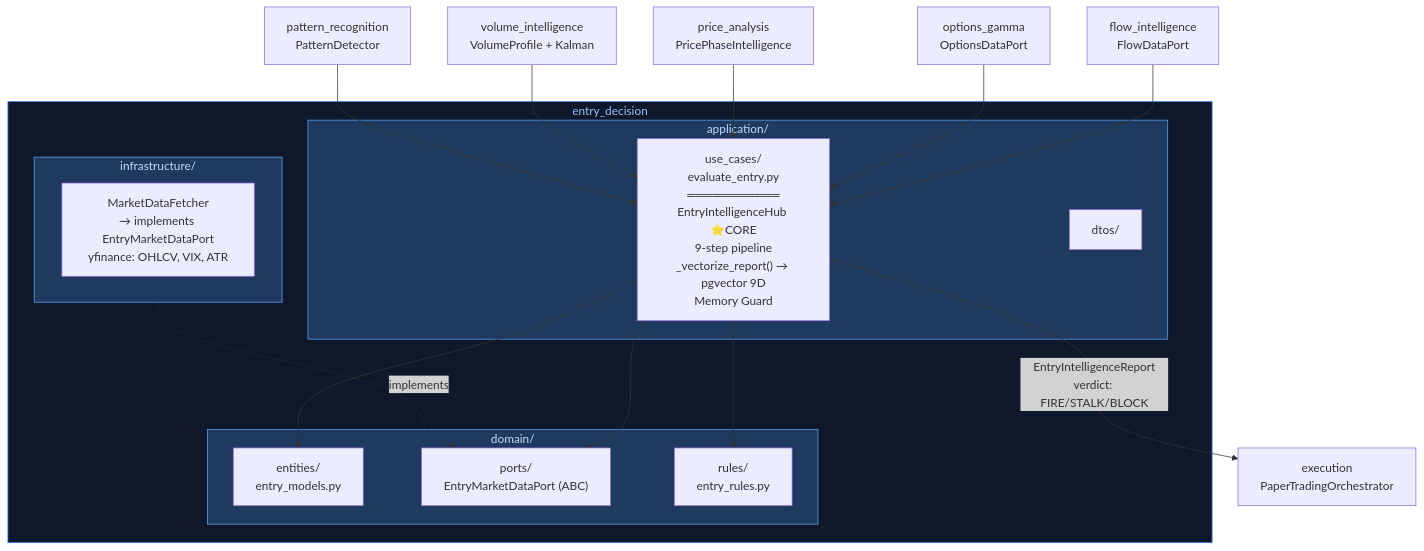
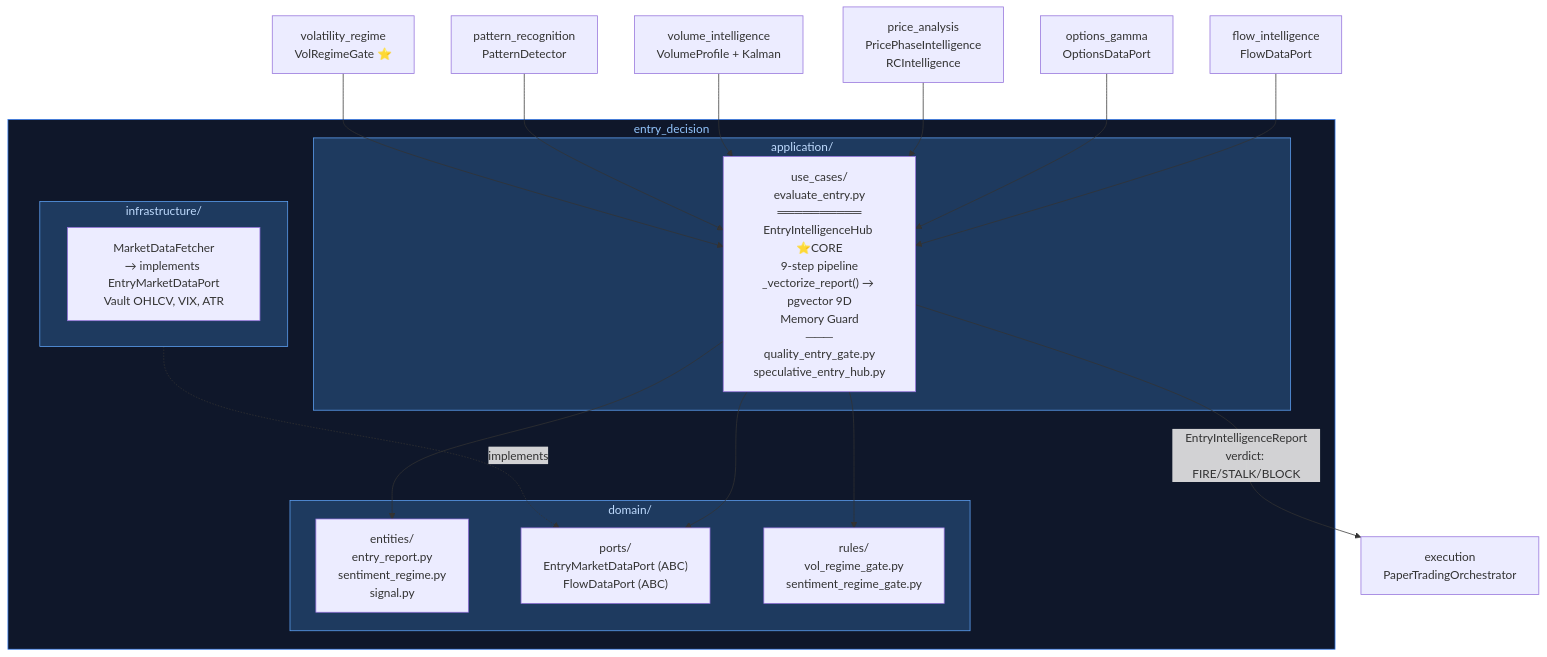
One commit to Charlie7532/botero-trade-engine changed the first of 11 diagrams in docs/architecture-modules-internal.md. Above: the diagram before and after it, drawn with Mermaid. The commit also changed other lines of this file and 1 other file, not shown here.

Commit message:
docs: update architecture to V15 with vault-first patterns and new swing gate modules

````diff
--- a/docs/architecture-modules-internal.md
+++ b/docs/architecture-modules-internal.md
@@ -9,34 +10,34 @@
 ```mermaid
 graph TB
     subgraph ED["entry_decision"]
         subgraph ED_DOM["domain/"]
-            ED_E["entities/<br/>entry_models.py"]
-            ED_P["ports/<br/>EntryMarketDataPort (ABC)"]
-            ED_R["rules/<br/>entry_rules.py"]
+            ED_E["entities/<br/>entry_report.py<br/>sentiment_regime.py<br/>signal.py"]
+            ED_P["ports/<br/>EntryMarketDataPort (ABC)<br/>FlowDataPort (ABC)"]
+            ED_R["rules/<br/>vol_regime_gate.py<br/>sentiment_regime_gate.py"]
         end
         subgraph ED_APP["application/"]
-            ED_UC["use_cases/<br/>evaluate_entry.py<br/>═══════════<br/>EntryIntelligenceHub ⭐CORE<br/>9-step pipeline<br/>_vectorize_report() → pgvector 9D<br/>Memory Guard"]
-            ED_DTO["dtos/"]
+            ED_UC["use_cases/<br/>evaluate_entry.py<br/>══════════<br/>EntryIntelligenceHub ⭐CORE<br/>9-step pipeline<br/>_vectorize_report() → pgvector 9D<br/>Memory Guard<br/>───<br/>quality_entry_gate.py<br/>speculative_entry_hub.py"]
         end
         subgraph ED_INF["infrastructure/"]
-            ED_MDF["MarketDataFetcher<br/>→ implements EntryMarketDataPort<br/>yfinance: OHLCV, VIX, ATR"]
+            ED_MDF["MarketDataFetcher<br/>→ implements EntryMarketDataPort<br/>Vault OHLCV, VIX, ATR"]
         end
     end
 
     ED_INF -.->|"implements"| ED_P
     ED_UC --> ED_E & ED_R & ED_P
 
     %% Cross-module inputs
     FI_IN["flow_intelligence<br/>FlowDataPort"] --> ED_UC
     OG_IN["options_gamma<br/>OptionsDataPort"] --> ED_UC
-    PA_IN["price_analysis<br/>PricePhaseIntelligence"] --> ED_UC
+    PA_IN["price_analysis<br/>PricePhaseIntelligence<br/>RCIntelligence"] --> ED_UC
     VI_IN["volume_intelligence<br/>VolumeProfile + Kalman"] --> ED_UC
     PR_IN["pattern_recognition<br/>PatternDetector"] --> ED_UC
+    VR_IN["volatility_regime<br/>VolRegimeGate ⭐"] --> ED_UC
 
     ED_UC -->|"EntryIntelligenceReport<br/>verdict: FIRE/STALK/BLOCK"| EX_OUT["execution<br/>PaperTradingOrchestrator"]
 
     style ED fill:#0f172a,stroke:#3b82f6,color:#93c5fd
     style ED_DOM fill:#1e3a5f,stroke:#60a5fa,color:#bfdbfe
     style ED_APP fill:#1e3a5f,stroke:#60a5fa,color:#bfdbfe
     style ED_INF fill:#1e3a5f,stroke:#60a5fa,color:#bfdbfe
 ```
````
